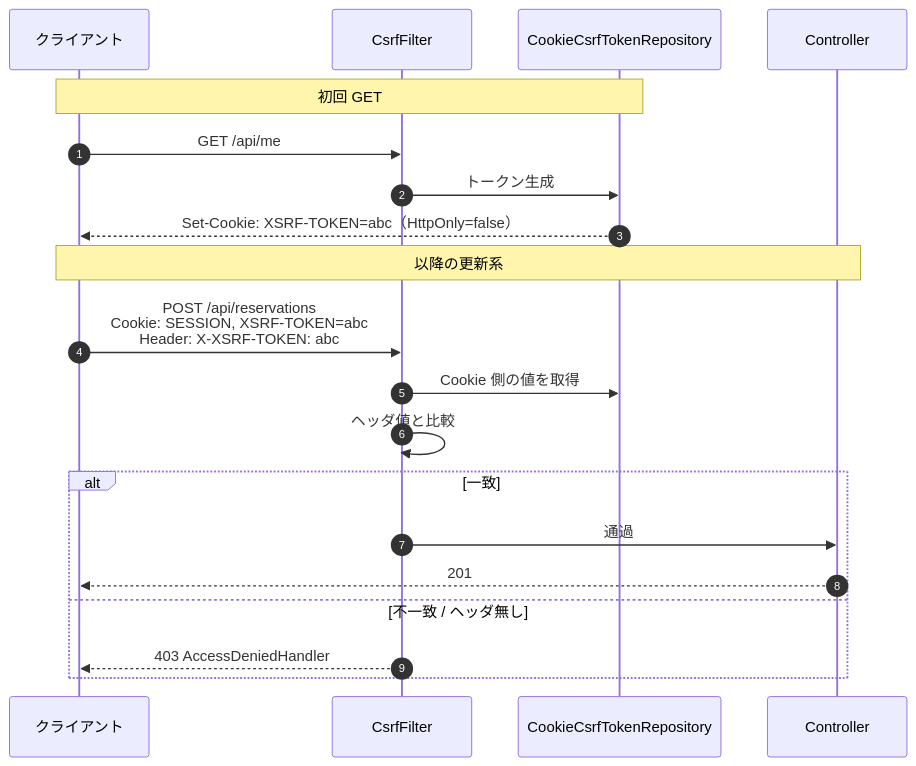
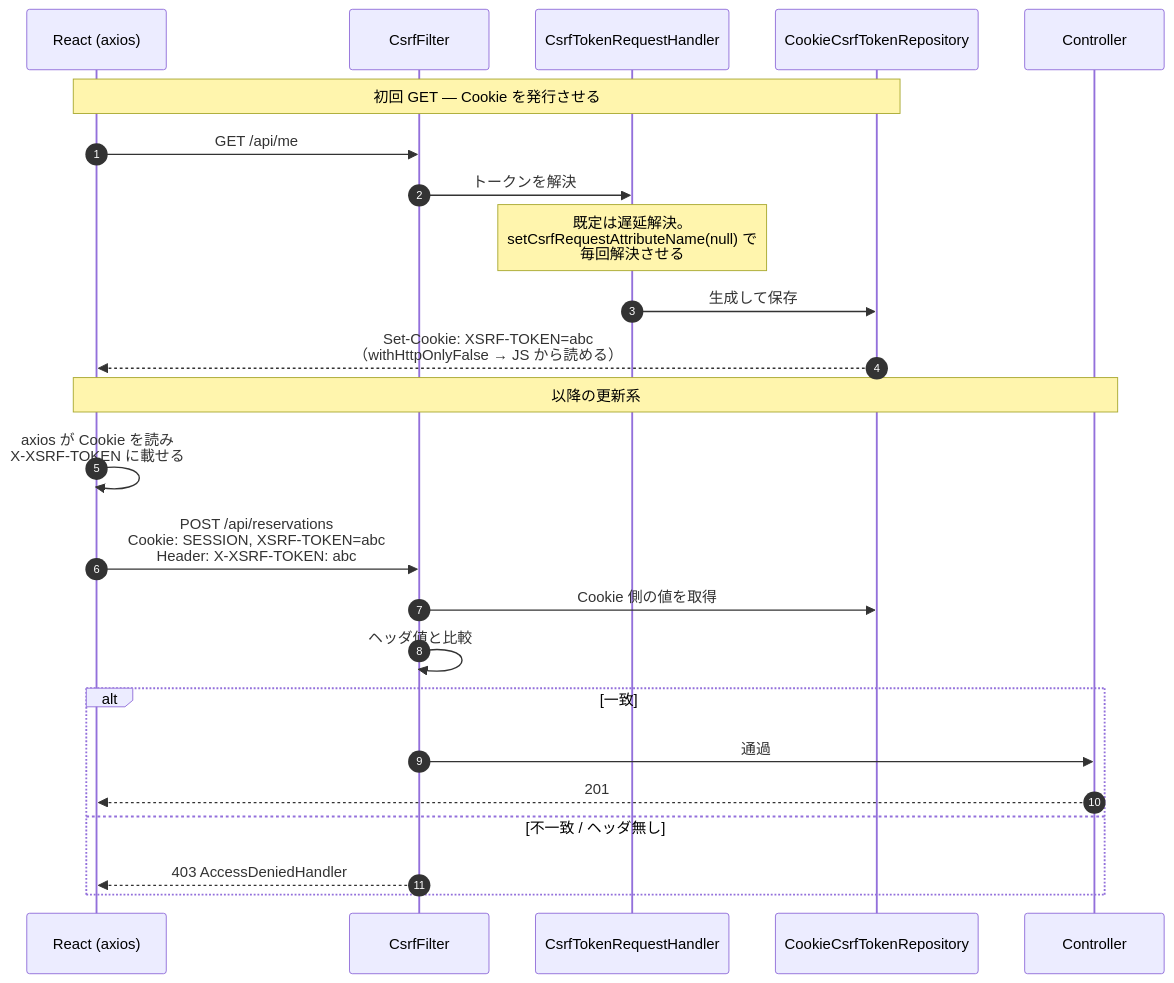
Before and after one commit to slcwr/space-reserve: the fifth of 10 diagrams in docs/design/authentication-flow.md, drawn with Mermaid. The commit also changed other lines of this file and 3 other files, not shown here.

````diff
--- a/docs/design/authentication-flow.md
+++ b/docs/design/authentication-flow.md
@@ -179,24 +182,28 @@
 ```mermaid
 sequenceDiagram
     autonumber
-    participant C as クライアント
+    participant C as React (axios)
     participant CF as CsrfFilter
+    participant H as CsrfTokenRequestHandler
     participant Repo as CookieCsrfTokenRepository
     participant Ctl as Controller
 
-    Note over C,Repo: 初回 GET
+    Note over C,Repo: 初回 GET — Cookie を発行させる
     C->>CF: GET /api/me
-    CF->>Repo: トークン生成
-    Repo-->>C: Set-Cookie: XSRF-TOKEN=abc（HttpOnly=false）
+    CF->>H: トークンを解決
+    Note over H: 既定は遅延解決。<br/>setCsrfRequestAttributeName(null) で<br/>毎回解決させる
+    H->>Repo: 生成して保存
+    Repo-->>C: Set-Cookie: XSRF-TOKEN=abc<br/>（withHttpOnlyFalse → JS から読める）
 
     Note over C,Ctl: 以降の更新系
+    C->>C: axios が Cookie を読み<br/>X-XSRF-TOKEN に載せる
     C->>CF: POST /api/reservations<br/>Cookie: SESSION, XSRF-TOKEN=abc<br/>Header: X-XSRF-TOKEN: abc
     CF->>Repo: Cookie 側の値を取得
     CF->>CF: ヘッダ値と比較
     alt 一致
         CF->>Ctl: 通過
         Ctl-->>C: 201
     else 不一致 / ヘッダ無し
         CF-->>C: 403 AccessDeniedHandler
     end
 ```
````
